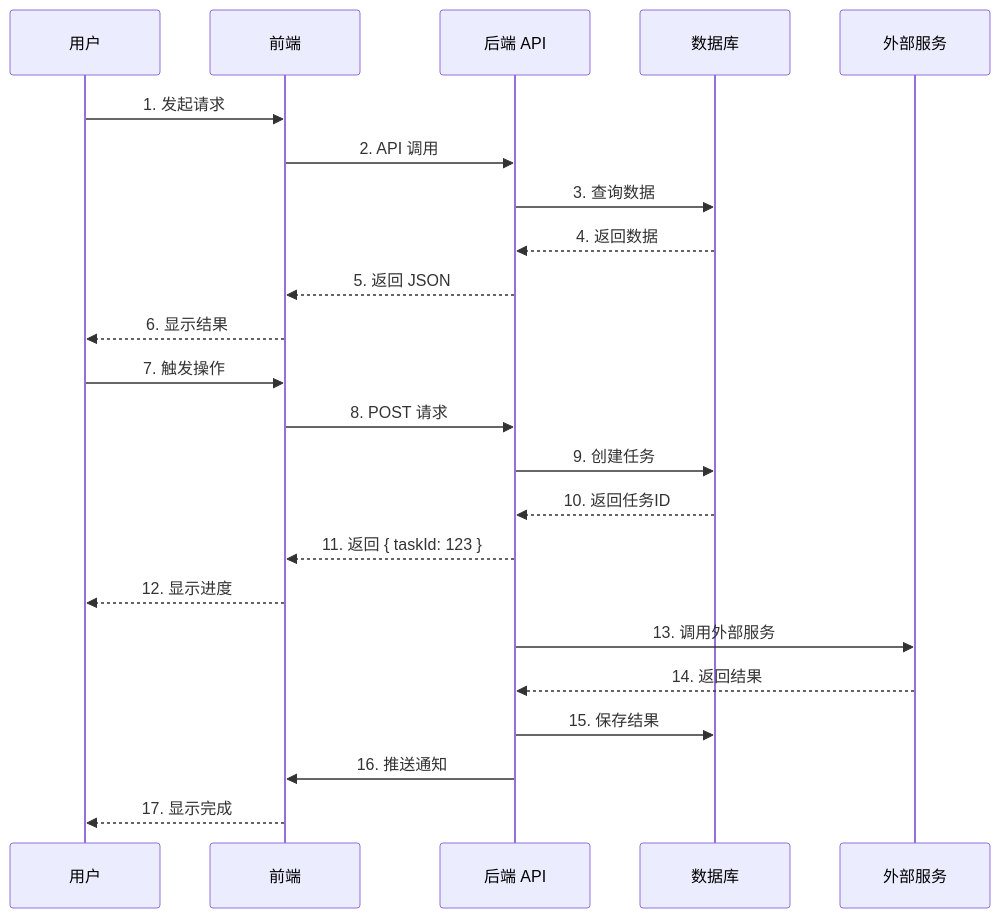
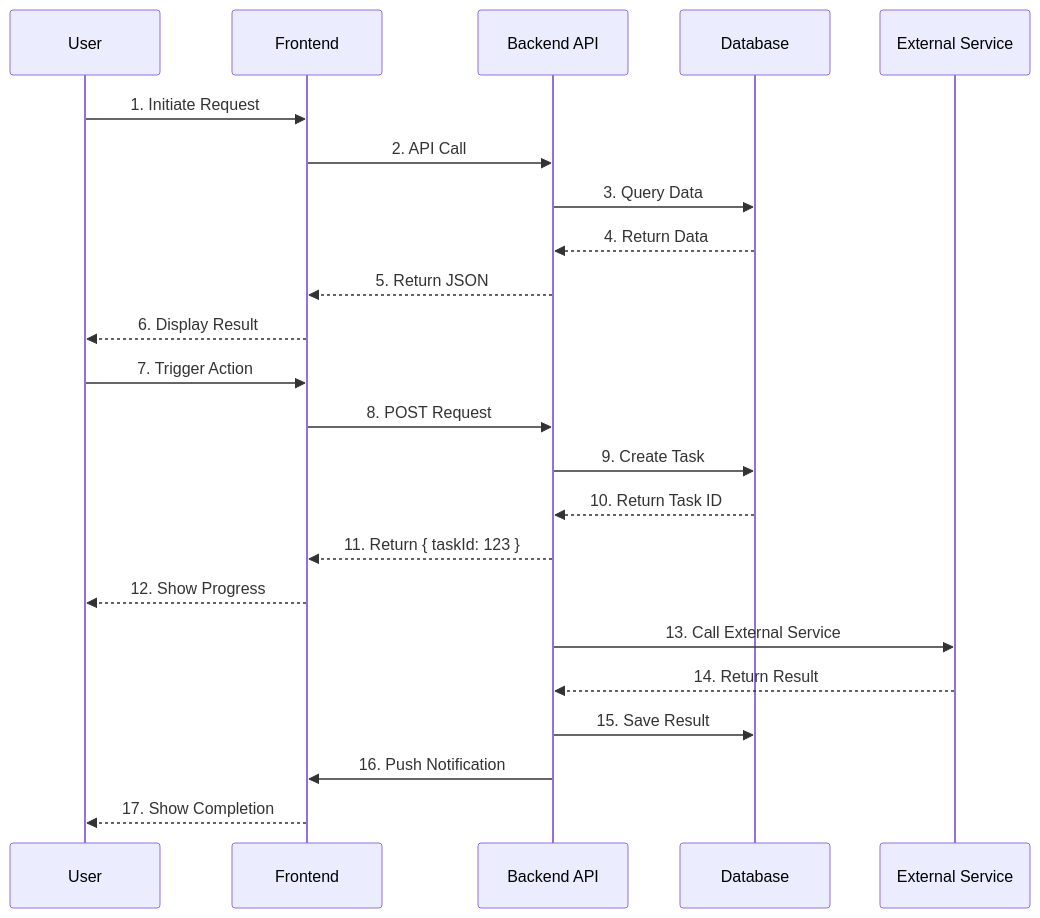
Before and after one commit to jiffies/project-documentation-skill: the second of 3 diagrams in references/mermaid-patterns.md, drawn with Mermaid. The commit also changed other lines of this file and 3 other files, not shown here.

````diff
--- a/references/mermaid-patterns.md
+++ b/references/mermaid-patterns.md
@@ -68,28 +68,28 @@
 ```mermaid
 sequenceDiagram
-    participant U as 用户
-    participant F as 前端
-    participant B as 后端 API
-    participant D as 数据库
-    participant E as 外部服务
+    participant U as User
+    participant F as Frontend
+    participant B as Backend API
+    participant D as Database
+    participant E as External Service
 
-    U->>F: 1. 发起请求
-    F->>B: 2. API 调用
-    B->>D: 3. 查询数据
-    D-->>B: 4. 返回数据
-    B-->>F: 5. 返回 JSON
-    F-->>U: 6. 显示结果
+    U->>F: 1. Initiate Request
+    F->>B: 2. API Call
+    B->>D: 3. Query Data
+    D-->>B: 4. Return Data
+    B-->>F: 5. Return JSON
+    F-->>U: 6. Display Result
 
-    U->>F: 7. 触发操作
-    F->>B: 8. POST 请求
-    B->>D: 9. 创建任务
-    D-->>B: 10. 返回任务ID
-    B-->>F: 11. 返回 { taskId: 123 }
-    F-->>U: 12. 显示进度
+    U->>F: 7. Trigger Action
+    F->>B: 8. POST Request
+    B->>D: 9. Create Task
+    D-->>B: 10. Return Task ID
+    B-->>F: 11. Return { taskId: 123 }
+    F-->>U: 12. Show Progress
 
-    B->>E: 13. 调用外部服务
-    E-->>B: 14. 返回结果
-    B->>D: 15. 保存结果
-    B->>F: 16. 推送通知
-    F-->>U: 17. 显示完成
+    B->>E: 13. Call External Service
+    E-->>B: 14. Return Result
+    B->>D: 15. Save Result
+    B->>F: 16. Push Notification
+    F-->>U: 17. Show Completion
 ```
````
